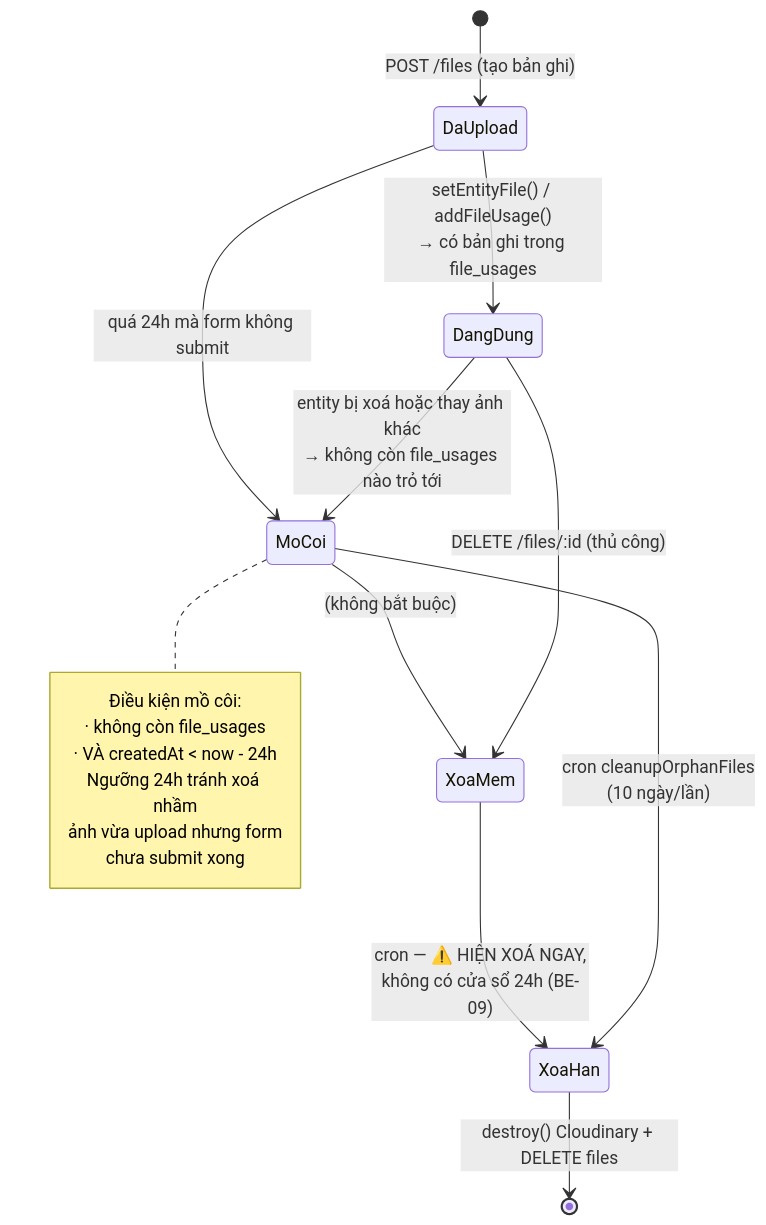
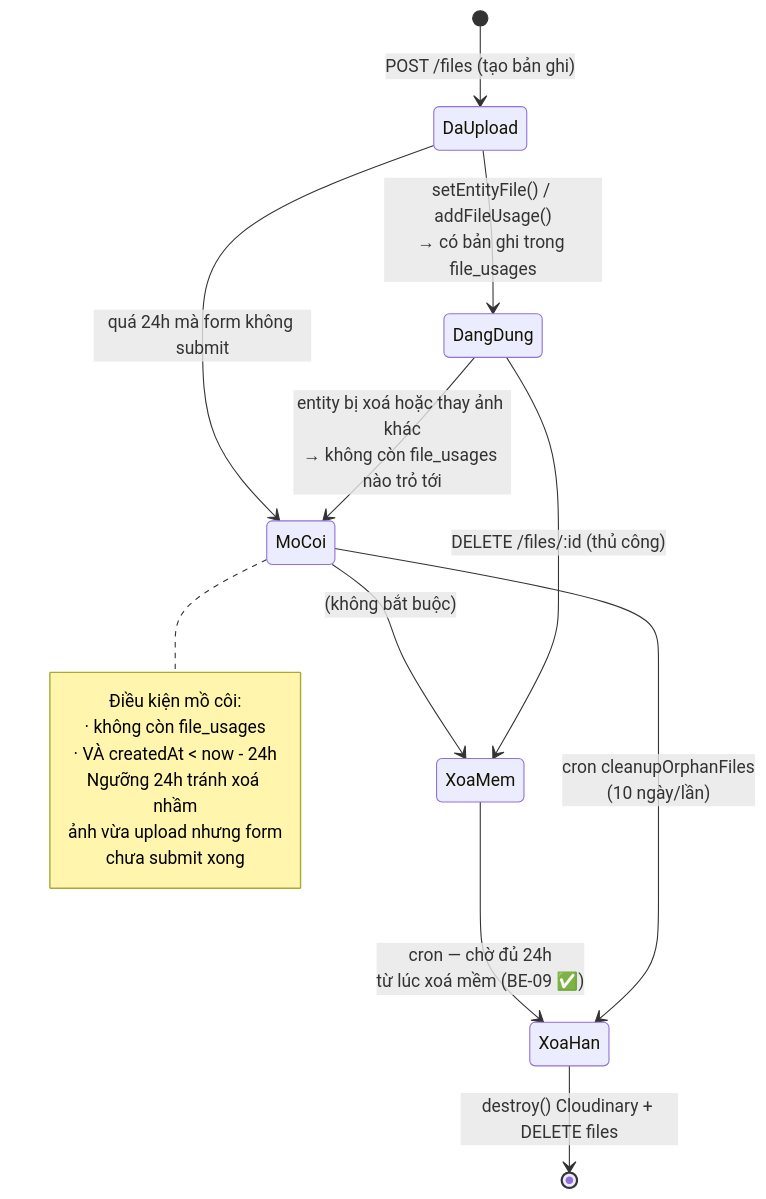
One commit to Hungvu0712/FLOWER changed the third of 4 diagrams in docs/modules/core-files.md. Above: the diagram before and after it, drawn with Mermaid. The commit also changed other lines of this file and 17 other files, not shown here.

````diff
--- a/docs/modules/core-files.md
+++ b/docs/modules/core-files.md
@@ -109,24 +109,24 @@
 ```mermaid
 stateDiagram-v2
     [*] --> DaUpload: POST /files (tạo bản ghi)
     DaUpload --> DangDung: setEntityFile() / addFileUsage()<br/>→ có bản ghi trong file_usages
     DangDung --> MoCoi: entity bị xoá hoặc thay ảnh khác<br/>→ không còn file_usages nào trỏ tới
     DaUpload --> MoCoi: quá 24h mà form không submit
 
     DangDung --> XoaMem: DELETE /files/:id (thủ công)
     MoCoi --> XoaMem: (không bắt buộc)
 
     MoCoi --> XoaHan: cron cleanupOrphanFiles<br/>(10 ngày/lần)
-    XoaMem --> XoaHan: cron — ⚠️ HIỆN XOÁ NGAY,<br/>không có cửa sổ 24h (BE-09)
+    XoaMem --> XoaHan: cron — chờ đủ 24h<br/>từ lúc xoá mềm (BE-09 ✅)
 
     XoaHan --> [*]: destroy() Cloudinary + DELETE files
 
     note right of MoCoi
         Điều kiện mồ côi:
         · không còn file_usages
         · VÀ createdAt < now - 24h
         Ngưỡng 24h tránh xoá nhầm
         ảnh vừa upload nhưng form
         chưa submit xong
     end note
 ```
````
